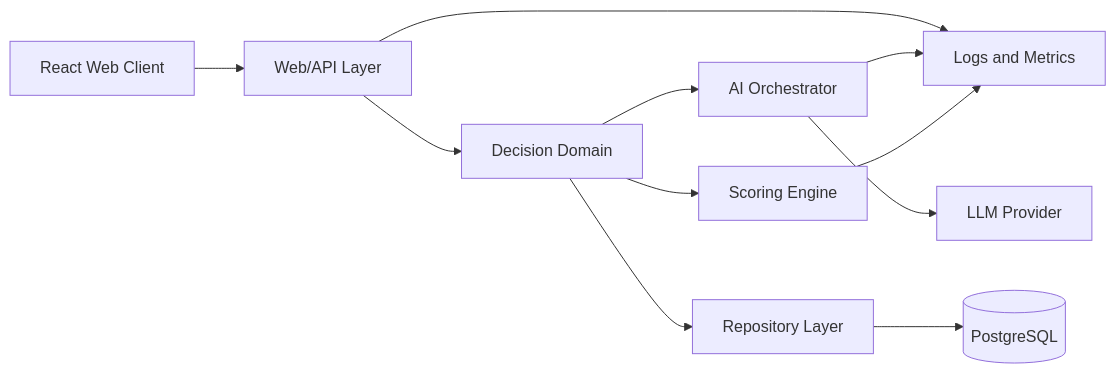
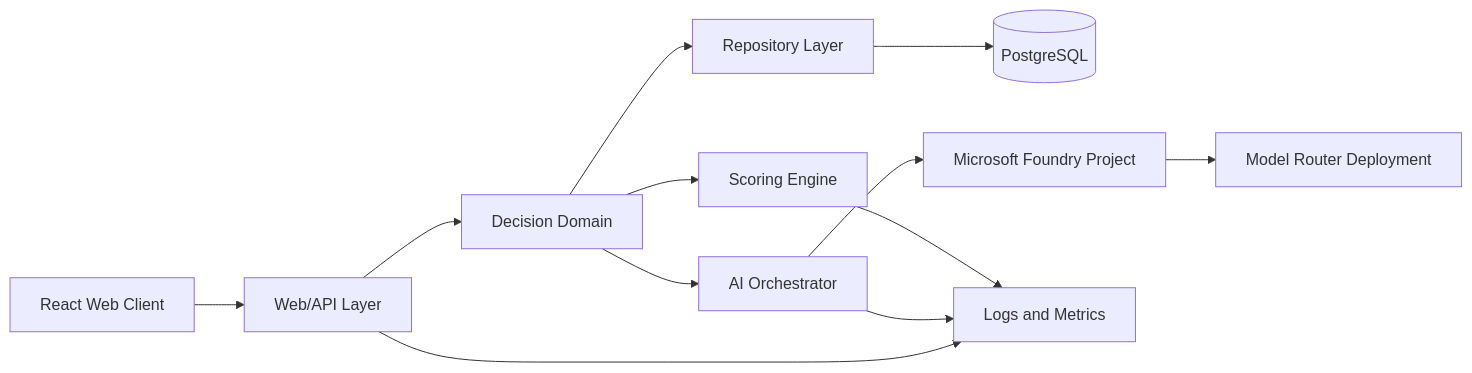
The first of 3 diagrams in ARCHITECTURE.md (ksj029592-lab/Decision_Lab), drawn with Mermaid before and after one commit. The commit also changed other lines of this file and 2 other files, not shown here.

Commit message:
Document Azure Foundry model router integration

````diff
--- a/ARCHITECTURE.md
+++ b/ARCHITECTURE.md
@@ -31,23 +31,25 @@
 ```mermaid
 flowchart LR
     Browser[React Web Client]
     Web[Web/API Layer]
     Decision[Decision Domain]
     AI[AI Orchestrator]
     Calc[Scoring Engine]
     Repo[Repository Layer]
     DB[(PostgreSQL)]
-    Provider[LLM Provider]
+    Foundry[Microsoft Foundry Project]
+    Router[Model Router Deployment]
     Obs[Logs and Metrics]
 
     Browser --> Web
     Web --> Decision
     Decision --> Calc
     Decision --> AI
     Decision --> Repo
-    AI --> Provider
+    AI --> Foundry
+    Foundry --> Router
     Repo --> DB
     Web --> Obs
     AI --> Obs
     Calc --> Obs
 ```
````
